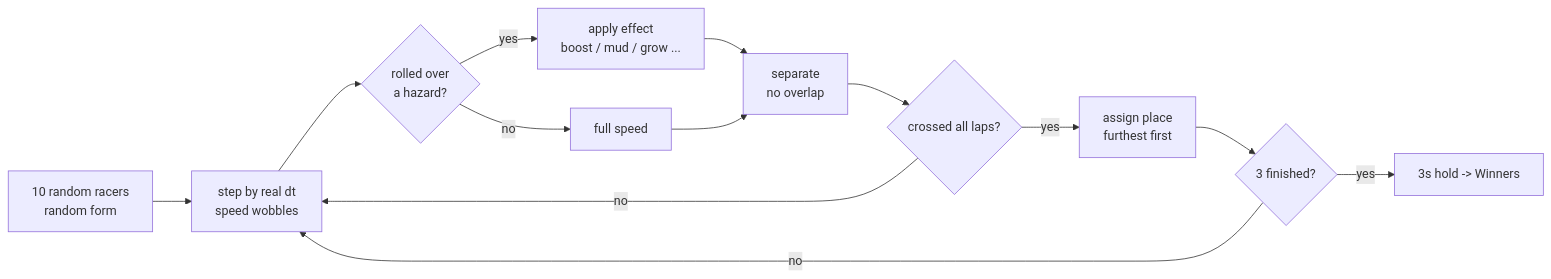
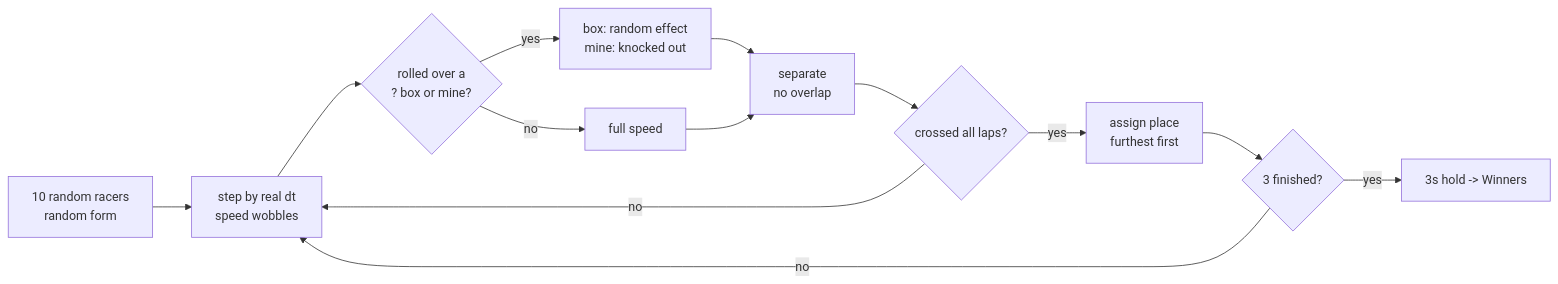
One commit to bunlongheng/country-racer changed the diagram in README.md. Above: the diagram before and after it, drawn with Mermaid. The commit also changed other lines of this file and 2 other files, not shown here.

Commit message:
feat: 8 fixed refilling mystery boxes, bomb becomes a floor mine, fire is a mystery outcome
- 8 mystery ? boxes fixed at the 3 + 9 o'clock sides (4 lanes each), never auto-hide; opening one hides it briefly then refills
- bomb now renders as a static floor mine (spiked dome, red hazard ring, skull) - no float or spin
- removed the scattered floor-obstacle pool; the mystery boxes now dispense those effects
- fire speed removed as a floor coin, folded in as a big-boost mystery outcome
- README mechanics + hero screenshot updated to match

````diff
--- a/README.md
+++ b/README.md
@@ -37,15 +38,15 @@
 ```mermaid
 flowchart LR
   A[10 random racers<br/>random form] --> B[step by real dt<br/>speed wobbles]
-  B --> C{rolled over<br/>a hazard?}
-  C -- yes --> D[apply effect<br/>boost / mud / grow ...]
+  B --> C{rolled over a<br/>? box or mine?}
+  C -- yes --> D[box: random effect<br/>mine: knocked out]
   C -- no --> E[full speed]
   D --> F[separate<br/>no overlap]
   E --> F
   F --> G{crossed all laps?}
   G -- no --> B
   G -- yes --> H[assign place<br/>furthest first]
   H --> I{3 finished?}
   I -- no --> B
   I -- yes --> J[3s hold -> Winners]
 ```
````
